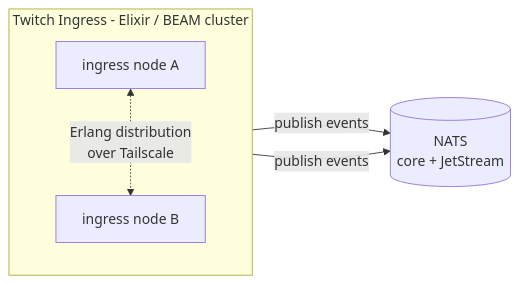
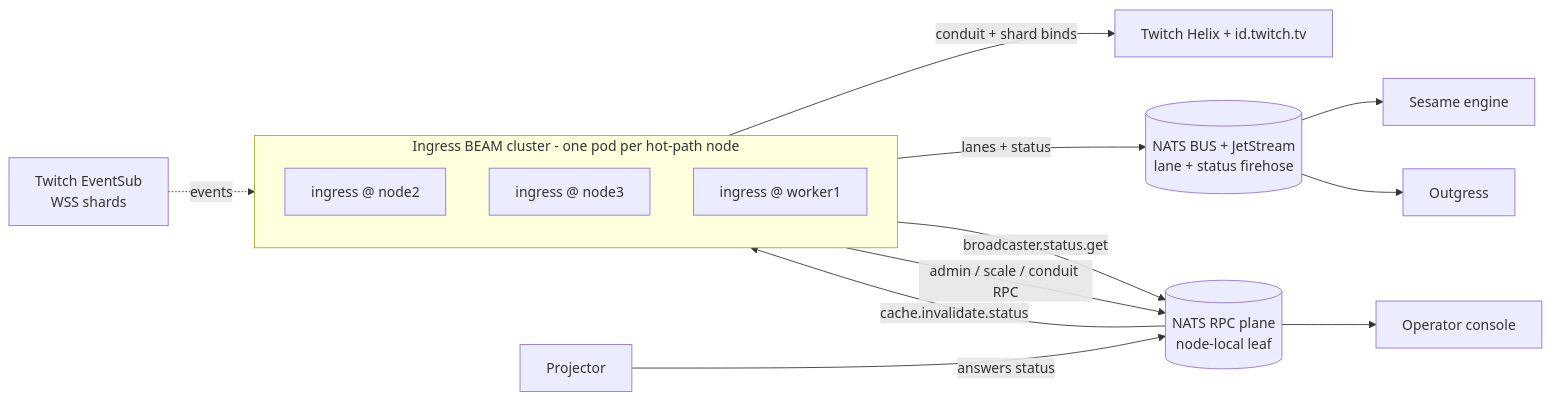
One commit to AdamOusmer/ItsBagelBot changed the first of 8 diagrams in docs/src/content/docs/microservices/twitch-ingress.md. Above: the diagram before and after it, drawn with Mermaid. The commit also changed other lines of this file and 27 other files, not shown here.

````diff
--- a/docs/src/content/docs/microservices/twitch-ingress.md
+++ b/docs/src/content/docs/microservices/twitch-ingress.md
@@ -37,14 +47,27 @@
 ```mermaid
 flowchart LR
-    subgraph Ingress [Twitch Ingress - Elixir / BEAM cluster]
+    Twitch[Twitch EventSub<br/>WSS shards]
+    Helix[Twitch Helix + id.twitch.tv]
+
+    subgraph Fleet [Ingress BEAM cluster - one pod per hot-path node]
         direction TB
-        N1[ingress node A]
-        N2[ingress node B]
-        N1 <-. Erlang distribution<br/>over Tailscale .-> N2
+        A[ingress @ node2]
+        B[ingress @ node3]
+        C[ingress @ worker1]
     end
 
-    NATS[(NATS<br/>core + JetStream)]
+    Bus[(NATS BUS + JetStream<br/>lane + status firehose)]
+    Rpc[(NATS RPC plane<br/>node-local leaf)]
 
-    N1 -- publish events --> NATS
-    N2 -- publish events --> NATS
+    Twitch -. events .-> Fleet
+    Fleet -- conduit + shard binds --> Helix
+    Fleet -- lanes + status --> Bus
+    Fleet -- broadcaster.status.get --> Rpc
+    Rpc -- cache.invalidate.status --> Fleet
+    Fleet -- admin / scale / conduit RPC --> Rpc
+
+    Bus --> Sesame[Sesame engine]
+    Bus --> Outgress[Outgress]
+    Rpc --> Console[Operator console]
+    Projector[Projector] -- answers status --> Rpc
 ```
````
